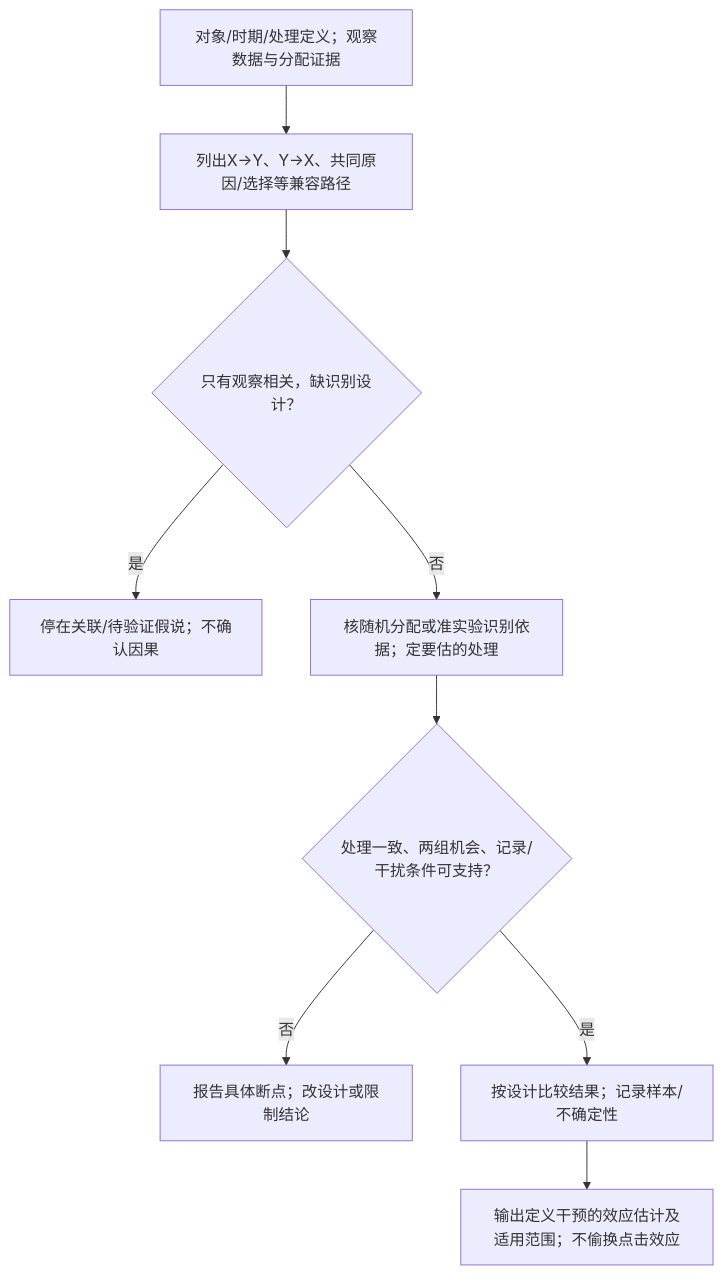
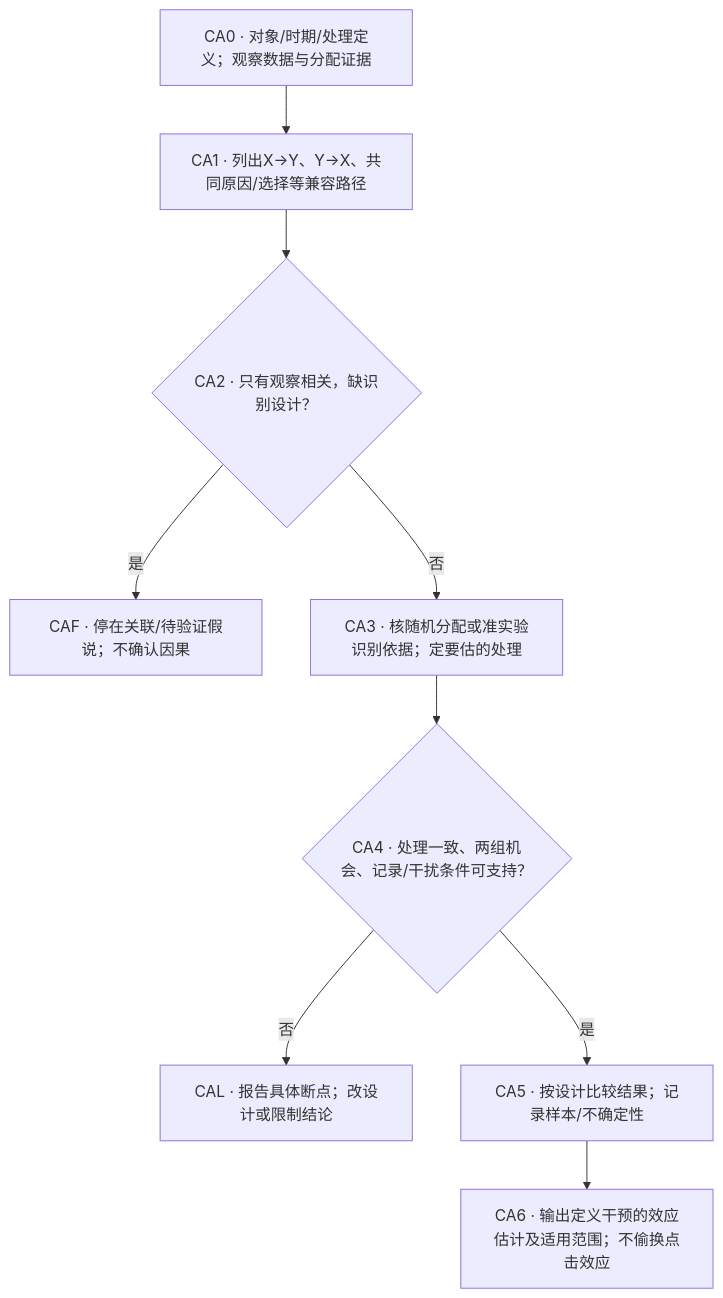
One commit to CercaTrovato/cityu-ai-course-notes changed the eighth of 20 diagrams in IS6400_Business_Data_Analytics/notes/M03-数据类型与描述性分析.md. Above: the diagram before and after it, drawn with Mermaid. The commit also changed other lines of this file and 40 other files, not shown here.

First line of the commit message:
完成 IS6400 M03 全篇审修、原题图保真与适用同步

````diff
--- a/IS6400_Business_Data_Analytics/notes/M03-数据类型与描述性分析.md
+++ b/IS6400_Business_Data_Analytics/notes/M03-数据类型与描述性分析.md
@@ -2435,11 +2649,11 @@
 ```mermaid
 flowchart TD
-    CA0["对象/时期/处理定义；观察数据与分配证据"] --> CA1["列出X→Y、Y→X、共同原因/选择等兼容路径"]
-    CA1 --> CA2{"只有观察相关，缺识别设计？"}
-    CA2 -->|是| CAF["停在关联/待验证假说；不确认因果"]
-    CA2 -->|否| CA3["核随机分配或准实验识别依据；定要估的处理"]
-    CA3 --> CA4{"处理一致、两组机会、记录/干扰条件可支持？"}
-    CA4 -->|否| CAL["报告具体断点；改设计或限制结论"]
-    CA4 -->|是| CA5["按设计比较结果；记录样本/不确定性"]
-    CA5 --> CA6["输出定义干预的效应估计及适用范围；不偷换点击效应"]
+    CA0["CA0 · 对象/时期/处理定义；观察数据与分配证据"] --> CA1["CA1 · 列出X→Y、Y→X、共同原因/选择等兼容路径"]
+    CA1 --> CA2{"CA2 · 只有观察相关，缺识别设计？"}
+    CA2 -->|是| CAF["CAF · 停在关联/待验证假说；不确认因果"]
+    CA2 -->|否| CA3["CA3 · 核随机分配或准实验识别依据；定要估的处理"]
+    CA3 --> CA4{"CA4 · 处理一致、两组机会、记录/干扰条件可支持？"}
+    CA4 -->|否| CAL["CAL · 报告具体断点；改设计或限制结论"]
+    CA4 -->|是| CA5["CA5 · 按设计比较结果；记录样本/不确定性"]
+    CA5 --> CA6["CA6 · 输出定义干预的效应估计及适用范围；不偷换点击效应"]
 ```
````
